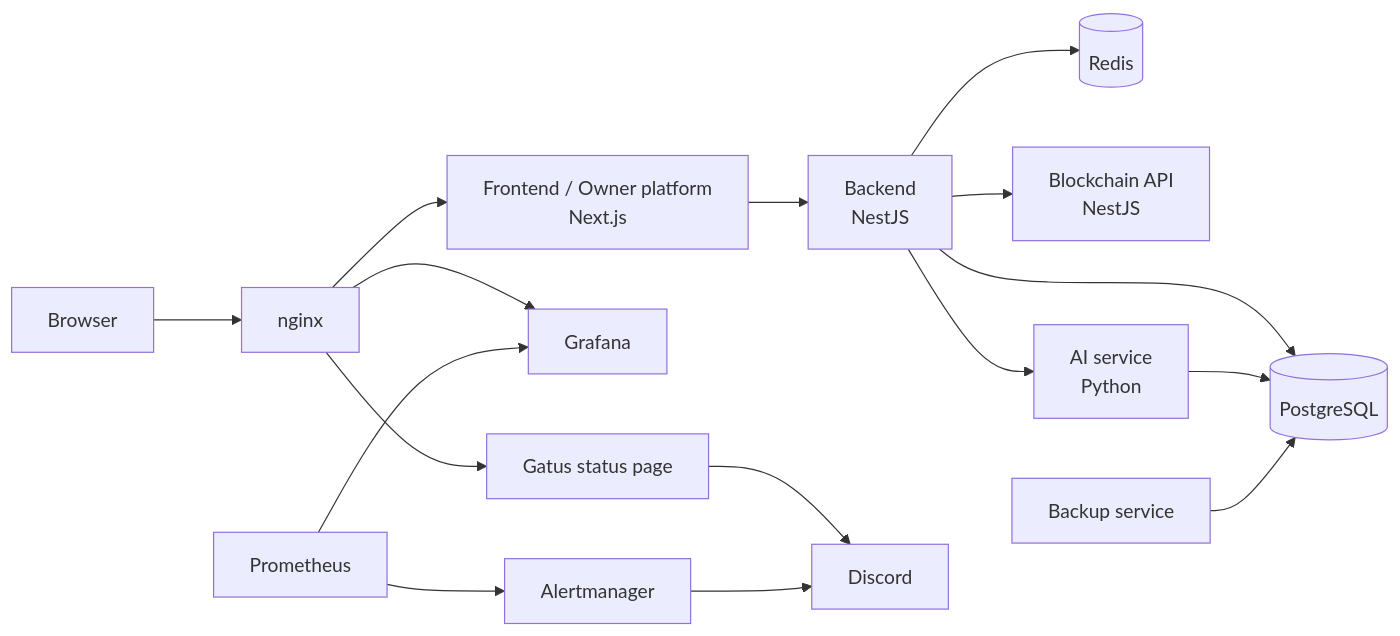
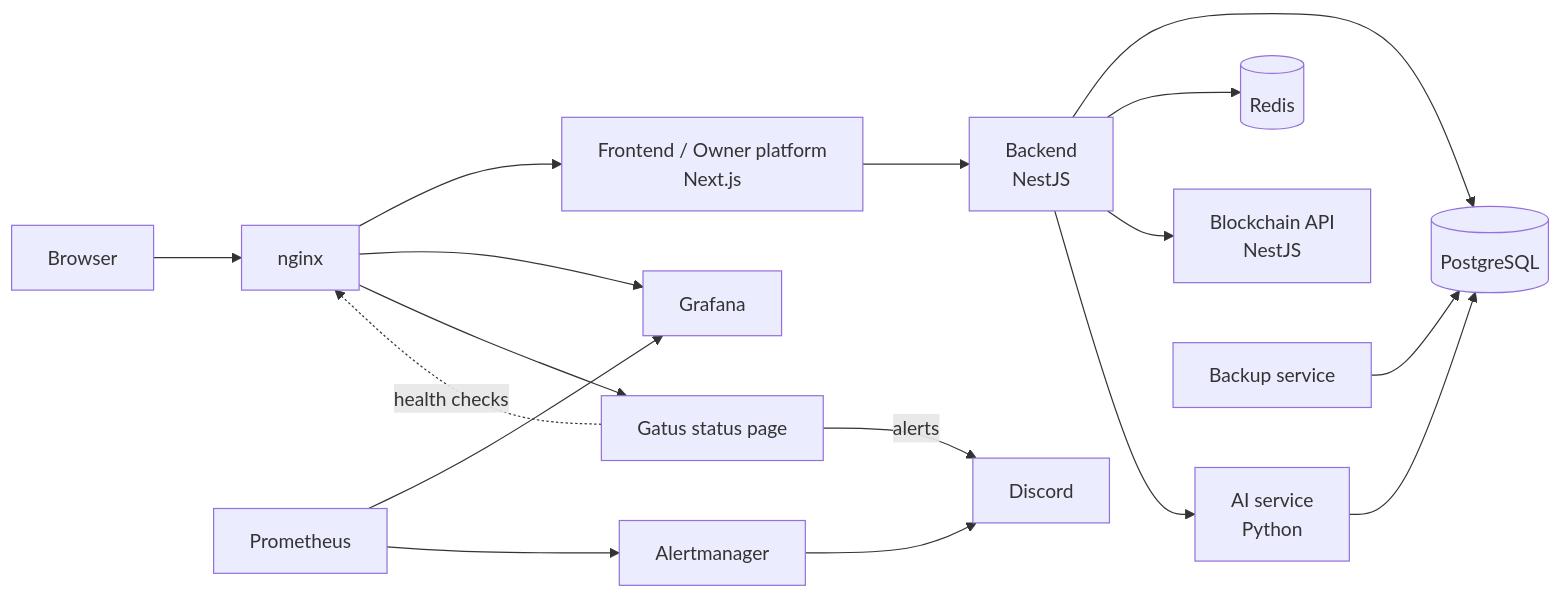
The first of 2 diagrams in README.md (mohameddahani/ft_transcendence), drawn with Mermaid before and after one commit. The commit also changed other lines of this file, not shown here.

````diff
--- a/README.md
+++ b/README.md
@@ -160,17 +134,18 @@
 ```mermaid
 flowchart LR
-    Browser --> nginx
-    nginx --> frontend[Frontend / Owner platform<br/>Next.js]
-    frontend --> backend[Backend<br/>NestJS]
-    backend --> postgres[(PostgreSQL)]
-    backend --> redis[(Redis)]
-    backend --> blockchain[Blockchain API<br/>NestJS]
-    backend --> ai[AI service<br/>Python]
-    ai --> postgres
-    nginx --> grafana[Grafana]
-    nginx --> gatus[Gatus status page]
-    gatus --> discord
-    prometheus[Prometheus] --> grafana
-    prometheus --> alertmanager[Alertmanager] --> discord[Discord]
-    backup[Backup service] --> postgres
+	Browser --> nginx
+	nginx --> frontend[Frontend / Owner platform<br/>Next.js]
+	frontend --> backend[Backend<br/>NestJS]
+	backend --> postgres[(PostgreSQL)]
+	backend --> redis[(Redis)]
+	backend --> blockchain[Blockchain API<br/>NestJS]
+	backend --> ai[AI service<br/>Python]
+	ai --> postgres
+	nginx --> grafana[Grafana]
+	nginx --> gatus[Gatus status page]
+	prometheus[Prometheus] --> grafana
+	prometheus --> alertmanager[Alertmanager] --> discord[Discord]
+	gatus -->|alerts| discord
+	gatus -.->|health checks| nginx
+	backup[Backup service] --> postgres
 ```
````
